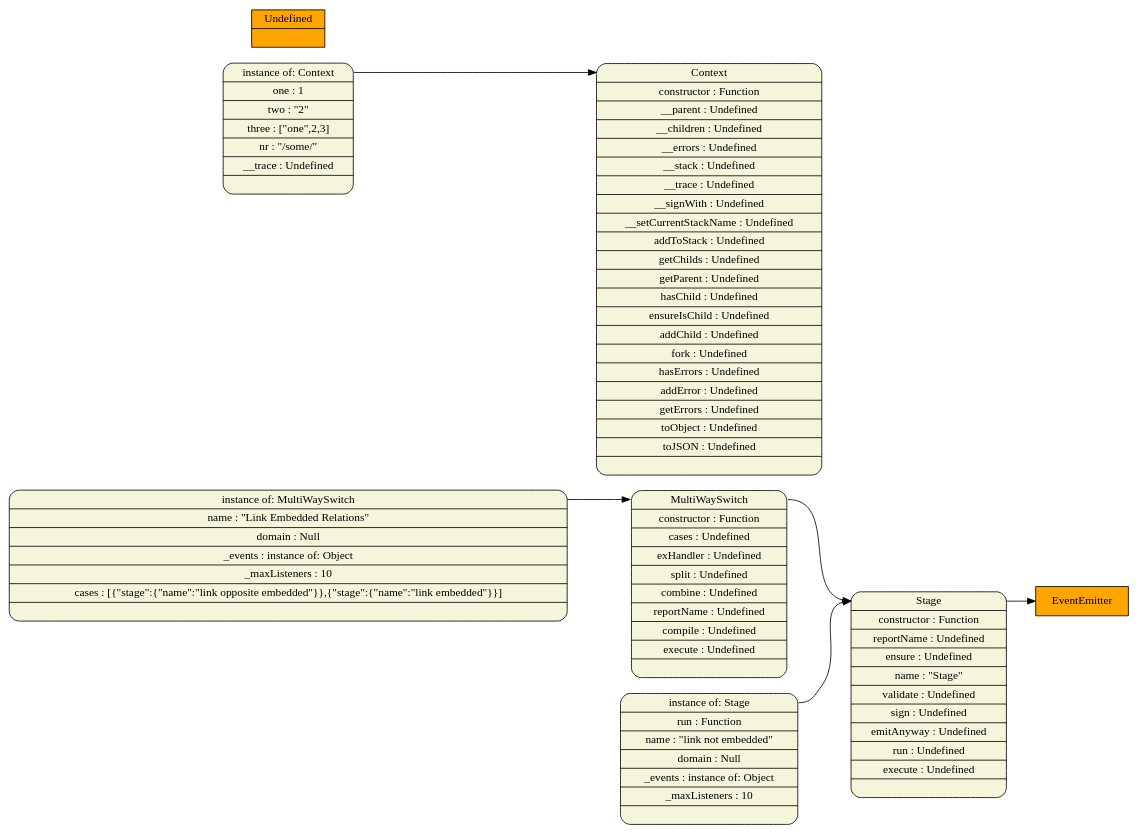
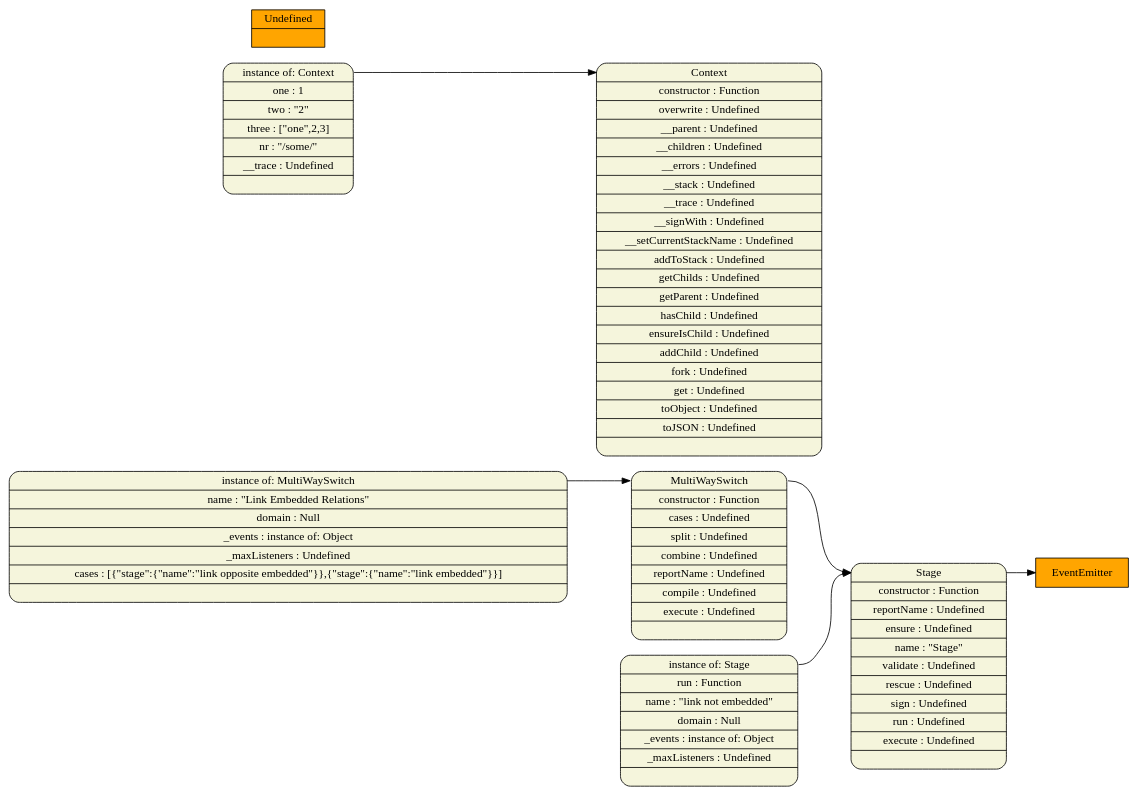
One commit to vedmalex/pipeline.js changed the diagram in pics/schema.dot. Above: the diagram before and after it, drawn with Graphviz. The commit also changed 20 other files, not shown here.

```diff
--- a/pics/schema.dot
+++ b/pics/schema.dot
@@ -1,67 +1,67 @@
 digraph sample {
 	rankdir=LR
 // object instance
 	node [shape=Mrecord, fillcolor=beige, style=filled];
-	"instance of: MultiWaySwitch" [label="<__proto__> instance of: MultiWaySwitch|<name> name : \"Link Embedded Relations\"|<domain> domain : Null|<_events> _events : instance of: Object|<_maxListeners> _maxListeners : 10|<cases> cases : \[
+	"instance of: MultiWaySwitch" [label="<__proto__> instance of: MultiWaySwitch|<name> name : \"Link Embedded Relations\"|<domain> domain : Null|<_events> _events : instance of: Object|<_maxListeners> _maxListeners : Undefined|<cases> cases : \[
 \{\"stage\":\{\"name\":\"link opposite embedded\"\}\},
 \{\"stage\":\{\"name\":\"link embedded\"\}\}
 \]|" ];
 
 // references
-
+// в принципе по интересу можно сделать.... позже
 //instance links
 	"instance of: MultiWaySwitch":__proto__ -> "MultiWaySwitch":__proto__
 // object instance
 	node [shape=Mrecord, fillcolor=beige, style=filled];
-	"instance of: Stage" [label="<__proto__> instance of: Stage|<run> run : Function|<name> name : \"link not embedded\"|<domain> domain : Null|<_events> _events : instance of: Object|<_maxListeners> _maxListeners : 10|" ];
+	"instance of: Stage" [label="<__proto__> instance of: Stage|<run> run : Function|<name> name : \"link not embedded\"|<domain> domain : Null|<_events> _events : instance of: Object|<_maxListeners> _maxListeners : Undefined|" ];
 
 // references
-
+// в принципе по интересу можно сделать.... позже
 //instance links
 	"instance of: Stage":__proto__ -> "Stage":__proto__
 // object instance
 	node [shape=Mrecord, fillcolor=beige, style=filled];
 	"instance of: Context" [label="<__proto__> instance of: Context|<one> one : 1|<two> two : \"2\"|<three> three : \[
 \"one\",
 2,
 3
 \]|<nr> nr : \"/some/\"|<__trace> __trace : Undefined|" ];
 
 // references
-
+// в принципе по интересу можно сделать.... позже
 //instance links
 	"instance of: Context":__proto__ -> "Context":__proto__
 // type
 	node [shape = record, fillcolor=orange, style=filled];
-	"MultiWaySwitch" [label="<__proto__> MultiWaySwitch|<constructor> constructor : Function|<cases> cases : Undefined|<exHandler> exHandler : Undefined|<split> split : Undefined|<combine> combine : Undefined|<reportName> reportName : Undefined|<compile> compile : Undefined|<execute> execute : Undefined|" ];
+	"MultiWaySwitch" [label="<__proto__> MultiWaySwitch|<constructor> constructor : Function|<cases> cases : Undefined|<split> split : Undefined|<combine> combine : Undefined|<reportName> reportName : Undefined|<compile> compile : Undefined|<execute> execute : Undefined|" ];
 
 // references
-
+// в принципе по интересу можно сделать.... позже
 //instance links
 	"MultiWaySwitch":__proto__ -> "Stage":__proto__
-// type
-	node [shape = record, fillcolor=orange, style=filled];
-	"Stage" [label="<__proto__> Stage|<constructor> constructor : Function|<reportName> reportName : Undefined|<ensure> ensure : Undefined|<name> name : \"Stage\"|<validate> validate : Undefined|<sign> sign : Undefined|<emitAnyway> emitAnyway : Undefined|<run> run : Undefined|<execute> execute : Undefined|" ];
-
-// references
-
-//instance links
-	"Stage":__proto__ -> "EventEmitter":__proto__
-// type
-	node [shape = record, fillcolor=orange, style=filled];
-	"Context" [label="<__proto__> Context|<constructor> constructor : Function|<__parent> __parent : Undefined|<__children> __children : Undefined|<__errors> __errors : Undefined|<__stack> __stack : Undefined|<__trace> __trace : Undefined|<__signWith> __signWith : Undefined|<__setCurrentStackName> __setCurrentStackName : Undefined|<addToStack> addToStack : Undefined|<getChilds> getChilds : Undefined|<getParent> getParent : Undefined|<hasChild> hasChild : Undefined|<ensureIsChild> ensureIsChild : Undefined|<addChild> addChild : Undefined|<fork> fork : Undefined|<hasErrors> hasErrors : Undefined|<addError> addError : Undefined|<getErrors> getErrors : Undefined|<toObject> toObject : Undefined|<toJSON> toJSON : Undefined|" ];
-
-// references
-
-//instance links
-	"Context":__proto__ 
 // type
 	node [shape = record, fillcolor=orange, style=filled];
 	"Undefined" [label="<__proto__> Undefined|" ];
 
 // references
-
+// в принципе по интересу можно сделать.... позже
 //instance links
 	"Undefined":__proto__ 
+// type
+	node [shape = record, fillcolor=orange, style=filled];
+	"Stage" [label="<__proto__> Stage|<constructor> constructor : Function|<reportName> reportName : Undefined|<ensure> ensure : Undefined|<name> name : \"Stage\"|<validate> validate : Undefined|<rescue> rescue : Undefined|<sign> sign : Undefined|<run> run : Undefined|<execute> execute : Undefined|" ];
+
+// references
+// в принципе по интересу можно сделать.... позже
+//instance links
+	"Stage":__proto__ -> "EventEmitter":__proto__
+// type
+	node [shape = record, fillcolor=orange, style=filled];
+	"Context" [label="<__proto__> Context|<constructor> constructor : Function|<overwrite> overwrite : Undefined|<__parent> __parent : Undefined|<__children> __children : Undefined|<__errors> __errors : Undefined|<__stack> __stack : Undefined|<__trace> __trace : Undefined|<__signWith> __signWith : Undefined|<__setCurrentStackName> __setCurrentStackName : Undefined|<addToStack> addToStack : Undefined|<getChilds> getChilds : Undefined|<getParent> getParent : Undefined|<hasChild> hasChild : Undefined|<ensureIsChild> ensureIsChild : Undefined|<addChild> addChild : Undefined|<fork> fork : Undefined|<get> get : Undefined|<toObject> toObject : Undefined|<toJSON> toJSON : Undefined|" ];
+
+// references
+// в принципе по интересу можно сделать.... позже
+//instance links
+	"Context":__proto__ 
 
 }
```
